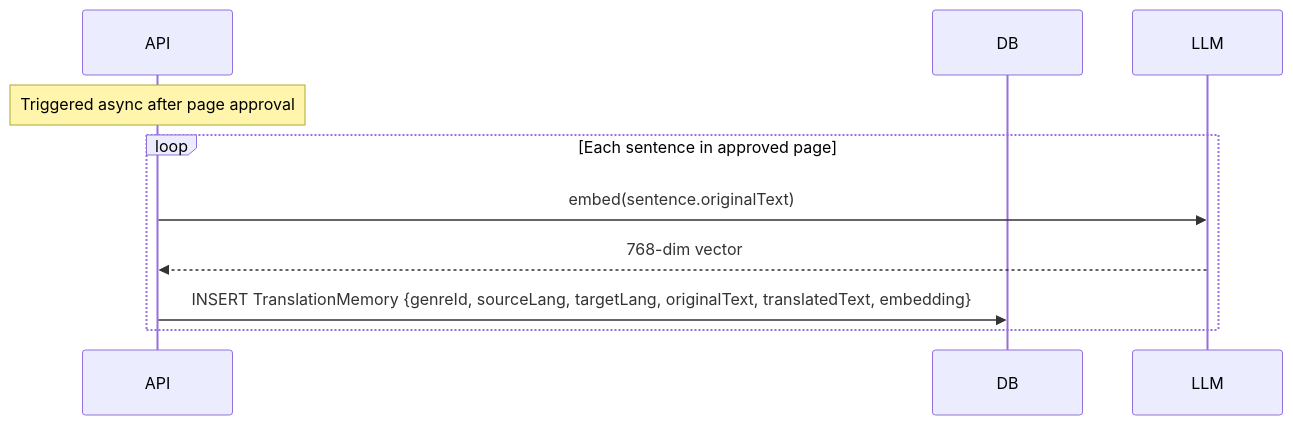
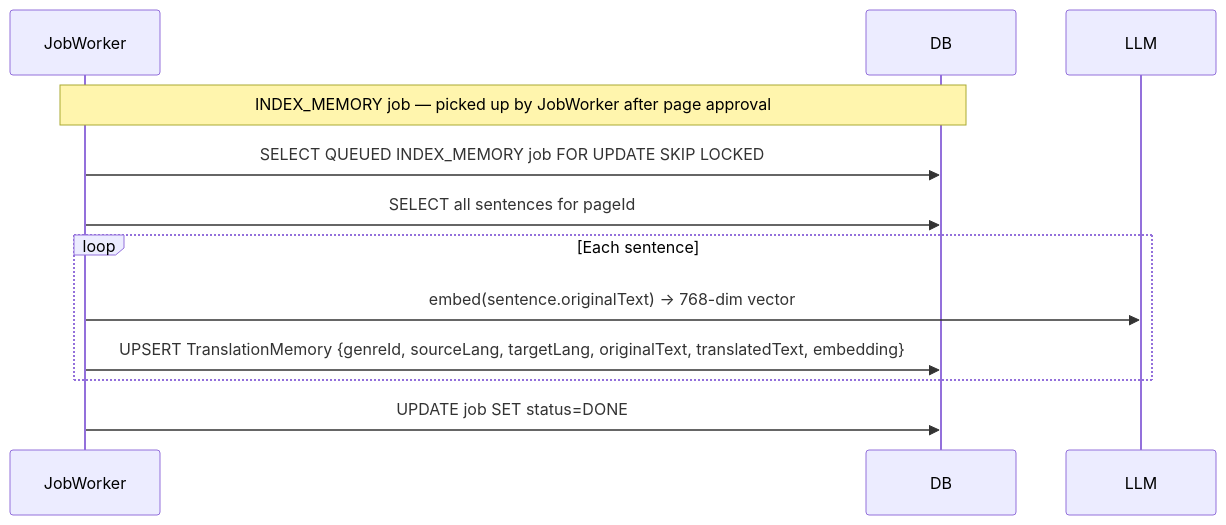
Before and after one commit to ArulRozario/tAi: diagram 32 of 32 in .spec/08-sequences.md, drawn with Mermaid. The commit also changed other lines of this file and 195 other files, not shown here.

````diff
--- a/.spec/08-sequences.md
+++ b/.spec/08-sequences.md
@@ -776,15 +821,16 @@
 ```mermaid
 sequenceDiagram
-    participant API
+    participant Worker as JobWorker
     participant DB
     participant LLM
 
-    Note over API: Triggered async after page approval
+    Note over Worker,DB: INDEX_MEMORY job — picked up by JobWorker after page approval
 
-    loop Each sentence in approved page
-        API->>LLM: embed(sentence.originalText)
-        LLM-->>API: 768-dim vector
-
-        API->>DB: INSERT TranslationMemory {genreId, sourceLang, targetLang, originalText, translatedText, embedding}
+    Worker->>DB: SELECT QUEUED INDEX_MEMORY job FOR UPDATE SKIP LOCKED
+    Worker->>DB: SELECT all sentences for pageId
+    loop Each sentence
+        Worker->>LLM: embed(sentence.originalText) → 768-dim vector
+        Worker->>DB: UPSERT TranslationMemory {genreId, sourceLang, targetLang, originalText, translatedText, embedding}
     end
+    Worker->>DB: UPDATE job SET status=DONE
 ```
````
